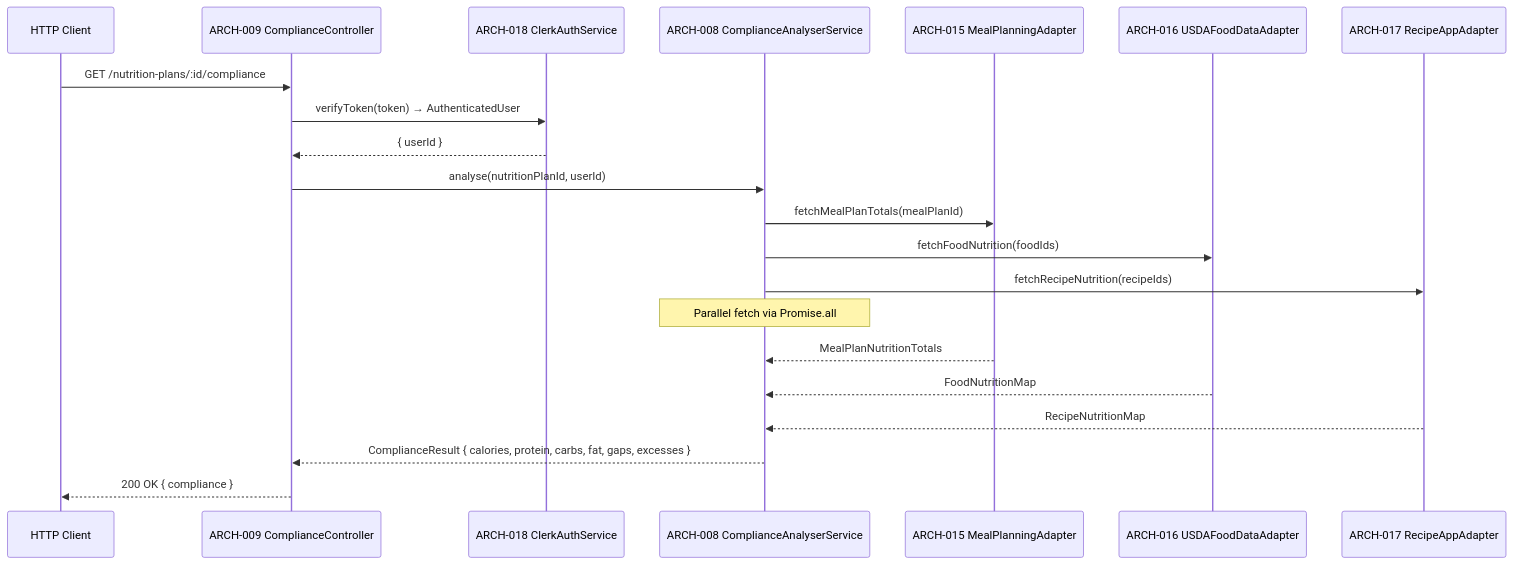
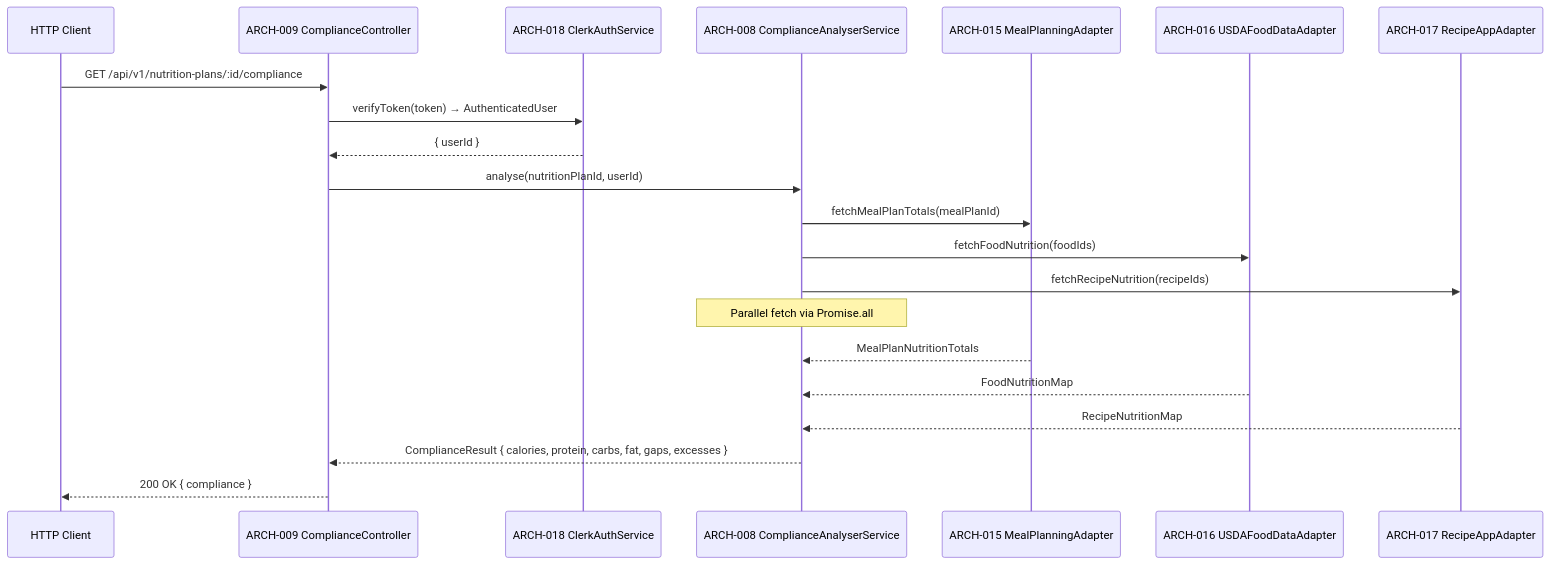
Before and after one commit to radicle-co/KitchenSink: the second of 4 diagrams in specs/009-nutrition-planning/v-model/architecture-design.md, drawn with Mermaid. The commit also changed other lines of this file and 98 other files, not shown here.

````diff
--- a/specs/009-nutrition-planning/v-model/architecture-design.md
+++ b/specs/009-nutrition-planning/v-model/architecture-design.md
@@ -74,24 +74,24 @@
 ```mermaid
 sequenceDiagram
     participant Client as HTTP Client
     participant CC as ARCH-009 ComplianceController
     participant Auth as ARCH-018 ClerkAuthService
     participant CS as ARCH-008 ComplianceAnalyserService
     participant MPA as ARCH-015 MealPlanningAdapter
     participant USDA as ARCH-016 USDAFoodDataAdapter
     participant RA as ARCH-017 RecipeAppAdapter
 
-    Client->>CC: GET /nutrition-plans/:id/compliance
+    Client->>CC: GET /api/v1/nutrition-plans/:id/compliance
     CC->>Auth: verifyToken(token) → AuthenticatedUser
     Auth-->>CC: { userId }
     CC->>CS: analyse(nutritionPlanId, userId)
     CS->>MPA: fetchMealPlanTotals(mealPlanId)
     CS->>USDA: fetchFoodNutrition(foodIds)
     CS->>RA: fetchRecipeNutrition(recipeIds)
     Note over CS: Parallel fetch via Promise.all
     MPA-->>CS: MealPlanNutritionTotals
     USDA-->>CS: FoodNutritionMap
     RA-->>CS: RecipeNutritionMap
     CS-->>CC: ComplianceResult { calories, protein, carbs, fat, gaps, excesses }
     CC-->>Client: 200 OK { compliance }
 ```
````
